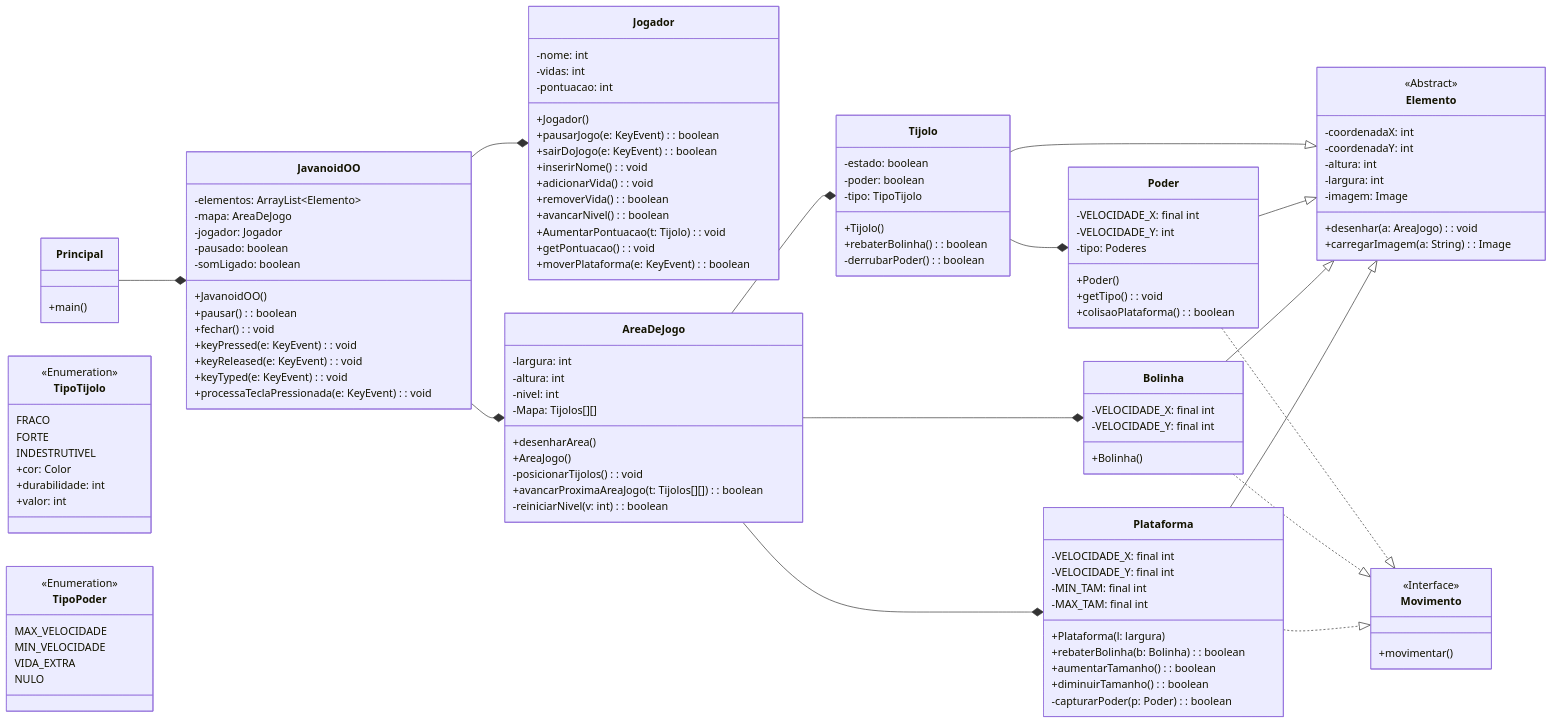
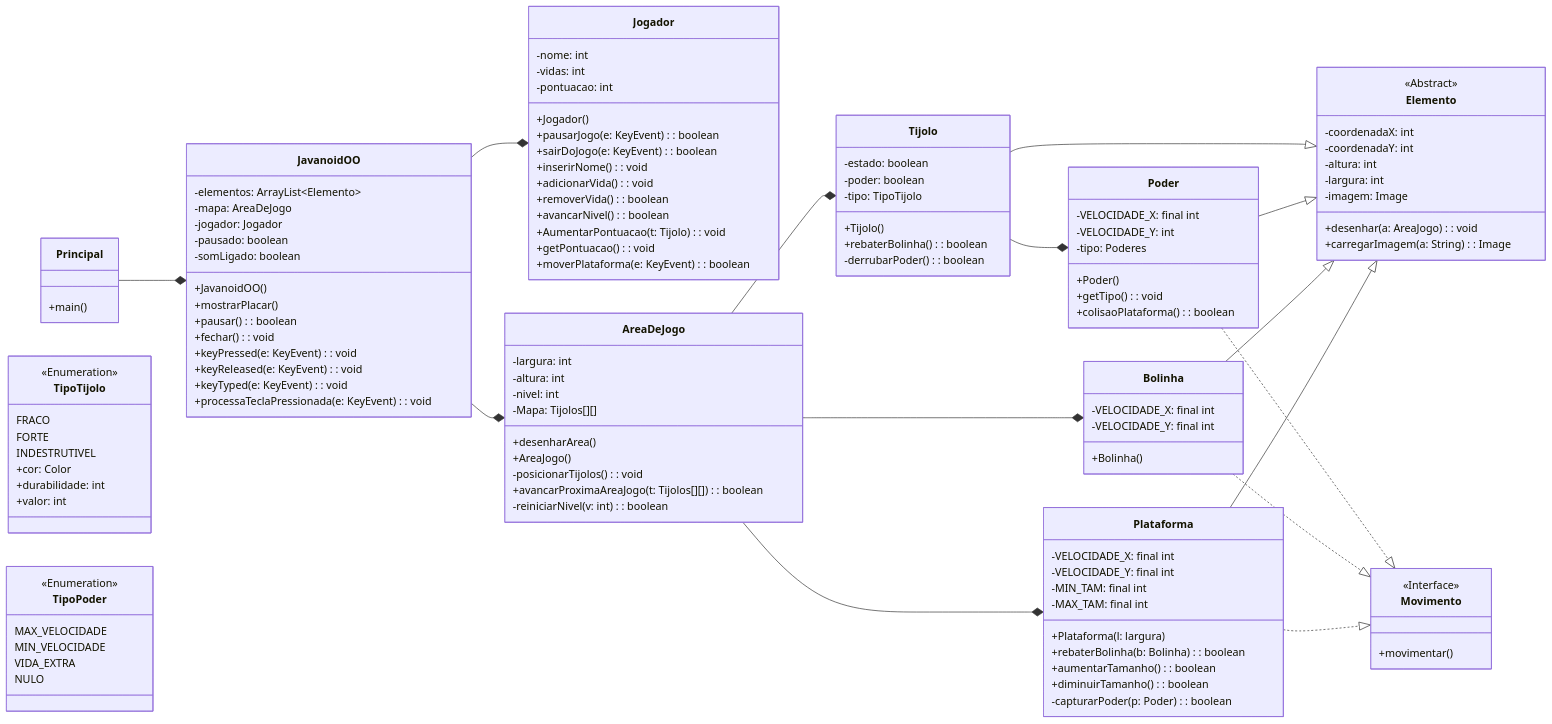
The diagram in proj-02/diagrama6.md (luizakuze/POO), drawn with Mermaid before and after one commit. The commit also changed 3 other files, not shown here.

Commit message:
diagrama

```diff
--- a/proj-02/diagrama6.md
+++ b/proj-02/diagrama6.md
@@ -31,6 +31,7 @@
         -pausado: boolean
         -somLigado: boolean
         +JavanoidOO()
+        +mostrarPlacar()
         +pausar(): boolean
         +fechar(): void
         +keyPressed(e: KeyEvent): void
```
